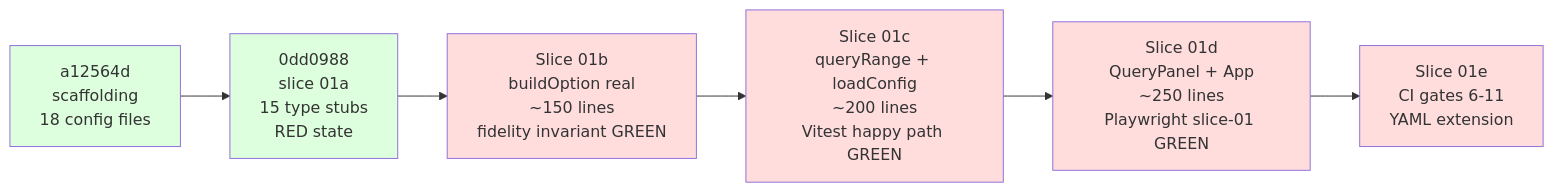
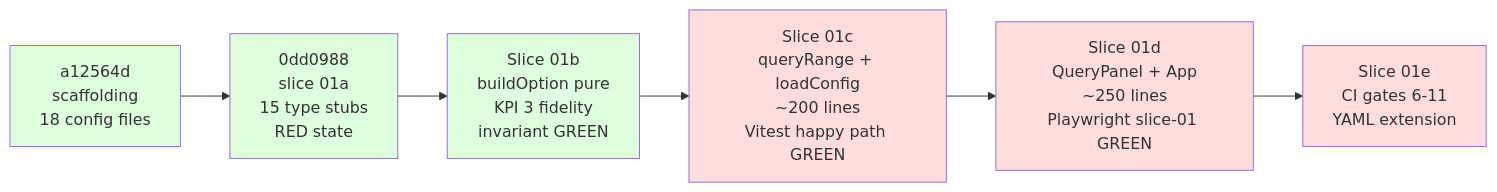
One commit to andrealaforgia/kaleidoscope changed diagram 23 of 24 in docs/presentation/narrative.md. Above: the diagram before and after it, drawn with Mermaid. The commit also changed other lines of this file and 3 other files, not shown here.

First line of the commit message:
feat(prism): Slice 01b — buildOption pure GREEN (KPI 3 fidelity invariant)

````diff
--- a/docs/presentation/narrative.md
+++ b/docs/presentation/narrative.md
@@ -1765,14 +1765,14 @@
 ```mermaid
 flowchart LR
     C0[a12564d<br/>scaffolding<br/>18 config files] --> C1[0dd0988<br/>slice 01a<br/>15 type stubs<br/>RED state]
-    C1 --> C2[Slice 01b<br/>buildOption real<br/>~150 lines<br/>fidelity invariant GREEN]
+    C1 --> C2[Slice 01b<br/>buildOption pure<br/>KPI 3 fidelity<br/>invariant GREEN]
     C2 --> C3[Slice 01c<br/>queryRange + loadConfig<br/>~200 lines<br/>Vitest happy path GREEN]
     C3 --> C4[Slice 01d<br/>QueryPanel + App<br/>~250 lines<br/>Playwright slice-01 GREEN]
     C4 --> C5[Slice 01e<br/>CI gates 6-11<br/>YAML extension]
     style C0 fill:#dfd
     style C1 fill:#dfd
-    style C2 fill:#fdd
+    style C2 fill:#dfd
     style C3 fill:#fdd
     style C4 fill:#fdd
     style C5 fill:#fdd
 ```
````
